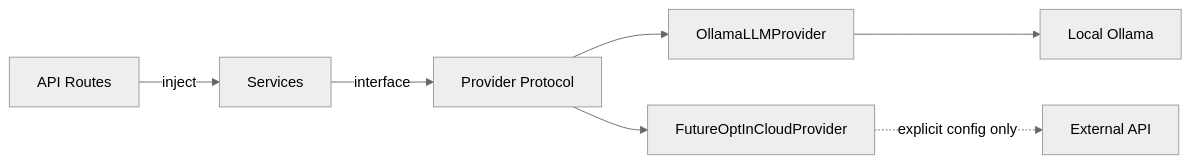
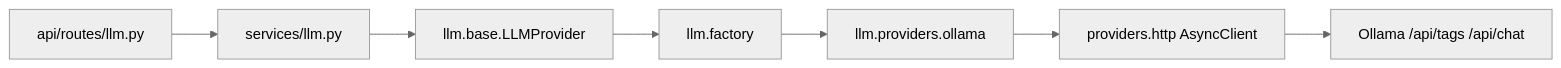
One commit to Rakeshchaudharyit/cortexa-ai-agent-platform changed the diagram in docs/ARCHITECTURE.md. Above: the diagram before and after it, drawn with Mermaid (neutral theme). The commit also changed other lines of this file and 86 other files, not shown here.

````diff
--- a/docs/ARCHITECTURE.md
+++ b/docs/ARCHITECTURE.md
@@ -177,9 +72,9 @@
 ```mermaid
 flowchart LR
-    API[API Routes] -->|inject| Svc[Services]
-    Svc -->|interface| P[Provider Protocol]
-    P --> ImplA[OllamaLLMProvider]
-    P --> ImplB[FutureOptInCloudProvider]
-    ImplA --> Ollama[Local Ollama]
-    ImplB -.->|explicit config only| Cloud[External API]
+  API[api/routes/llm.py] --> Svc[services/llm.py]
+  Svc --> Proto[llm.base.LLMProvider]
+  Proto --> Factory[llm.factory]
+  Factory --> Ollama[llm.providers.ollama]
+  Ollama --> HTTP[providers.http AsyncClient]
+  HTTP --> Upstream[Ollama /api/tags /api/chat]
 ```
````
